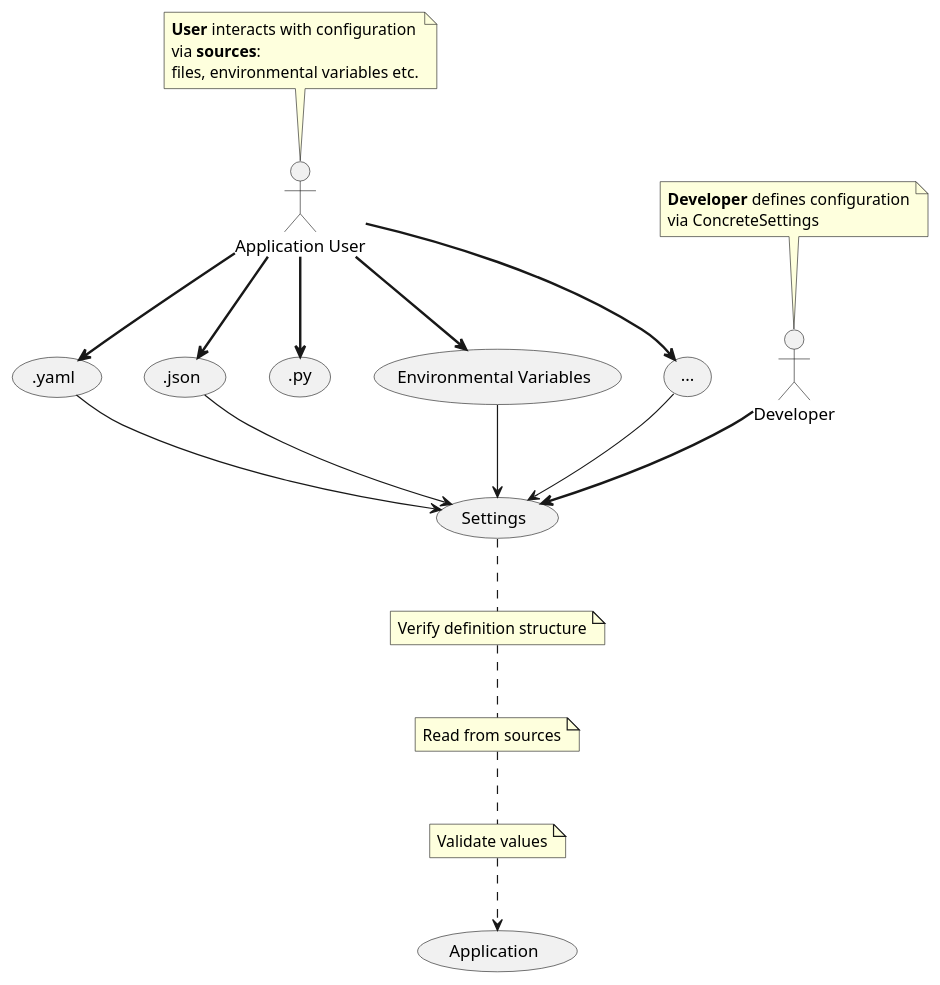
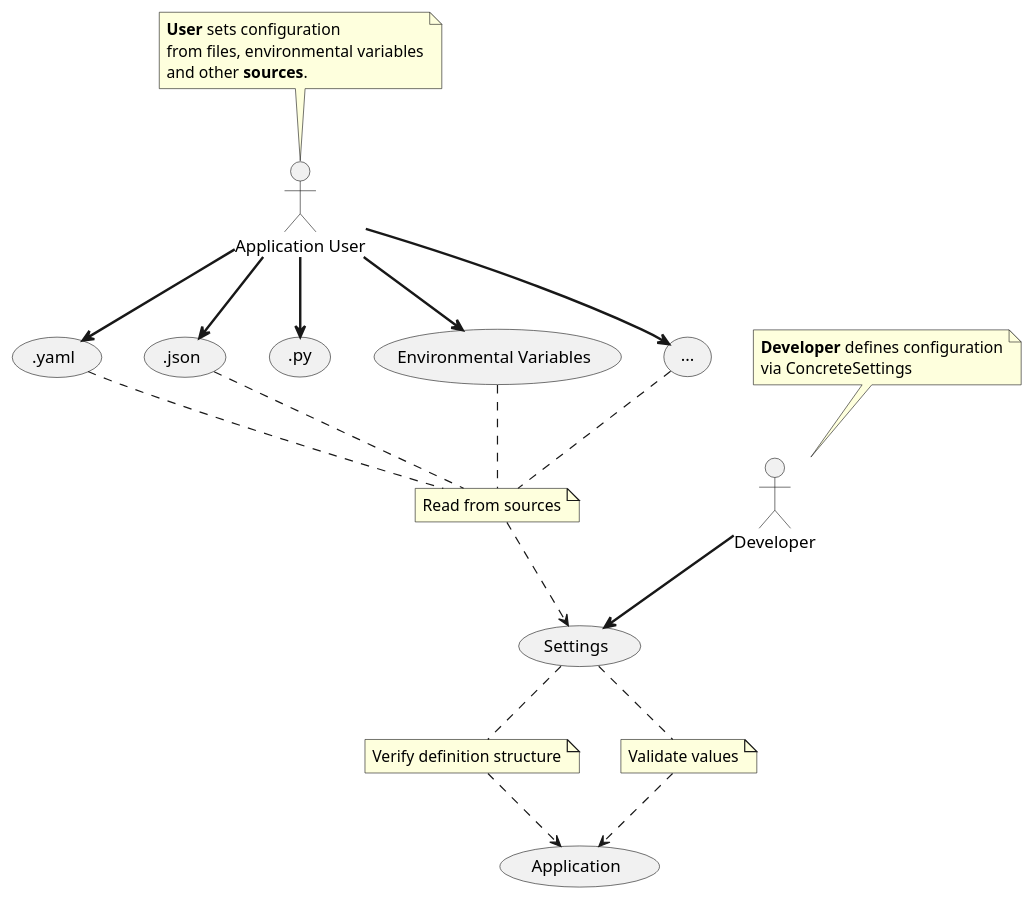
Before and after one commit to BasicWolf/archived-concrete-settings: the first of 3 diagrams in docs/index.rst, drawn with PlantUML. The commit also changed other lines of this file and 5 other files, not shown here.

```diff
--- a/docs/index.rst
+++ b/docs/index.rst
@@ -51,45 +37,46 @@
 .. uml::
 
    @startuml
    :Developer: as Dev
    :Application User: as User
    (.yaml) as (yaml_source)
    (.json) as (json_source)
    (.py) as (py_source)
    (Environmental Variables) as (envvar)
 
    note top of User
-       **User** interacts with configuration
-       via **sources**:
-       files, environmental variables etc.
+       **User** sets configuration
+       from files, environmental variables
+       and other **sources**.
    end note
 
    note top of Dev
        **Developer** defines configuration
        via ConcreteSettings
    end note
 
    User ==> (yaml_source)
    User ==> (json_source)
    User ==> (envvar)
    User ==> (py_source)
    User ==> (...)
 
+   note "Read from sources" as note_read_settings
+
    Dev ==> (Settings)
-   (yaml_source) --> (Settings)
-   (json_source) --> (Settings)
-   (envvar) --> (Settings)
-   (...) --> (Settings)
 
+   (yaml_source) .. note_read_settings
+   (json_source) .. note_read_settings
+   (envvar) .. note_read_settings
+   (...) .. note_read_settings
+   note_read_settings ..> (Settings)
 
    note "Verify definition structure" as note_verify
-   note "Read from sources" as note_read_settings
    note "Validate values" as note_validate
 
    (Settings) .. note_verify
-   note_verify .. note_read_settings
-   note_read_settings .. note_validate
+   note_verify ..> (Application)
+   (Settings) .. note_validate
    note_validate ..> (Application)
 
-
    @enduml
```
